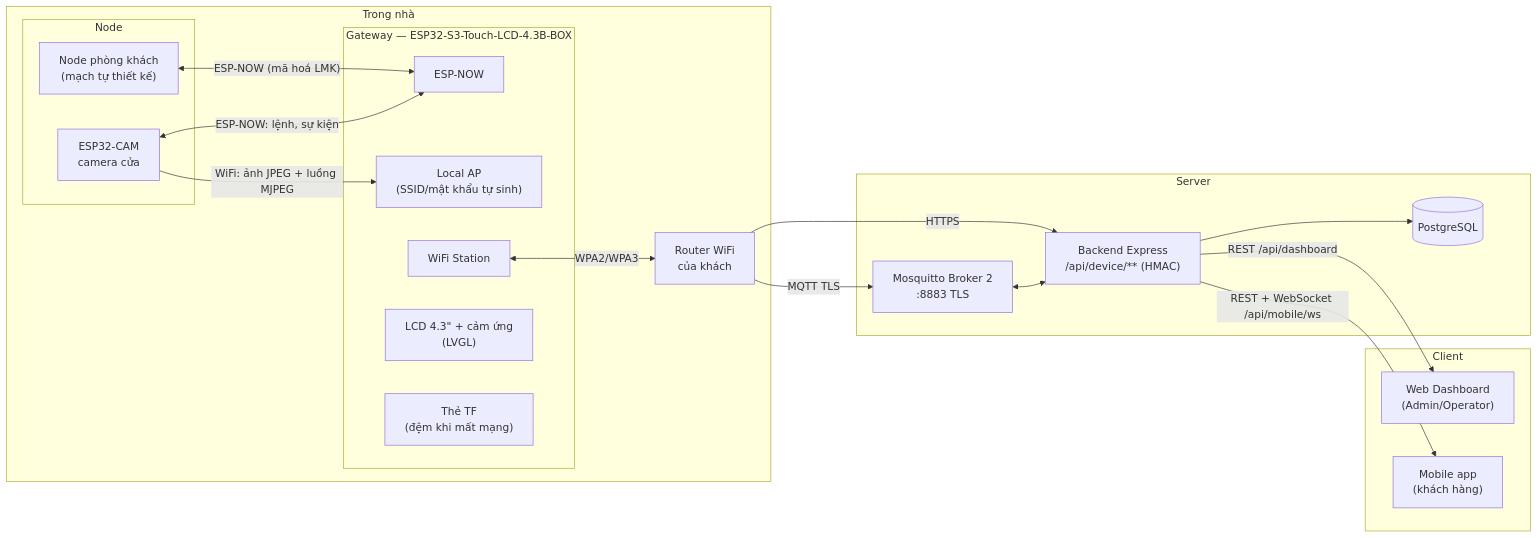
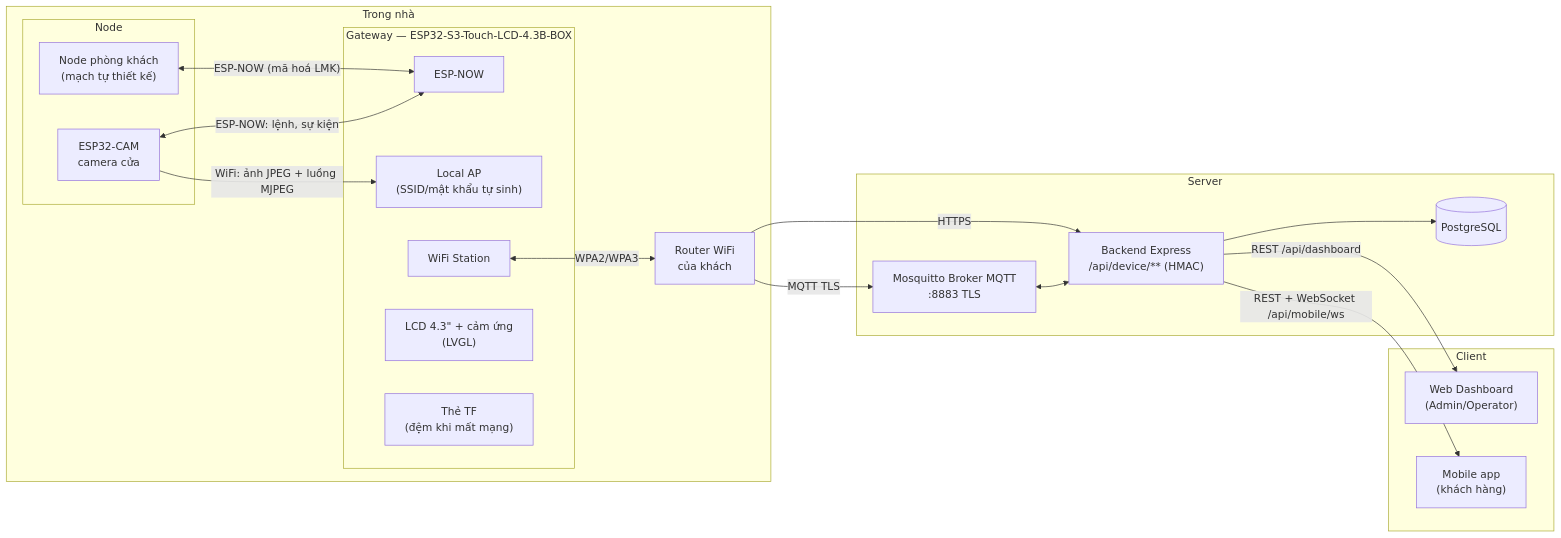
The first of 5 diagrams in docs/firmware/IOT_NODE_NETWORK.md (Noxxsanl/secure-smart-home), drawn with Mermaid before and after one commit. The commit also changed other lines of this file and 51 other files, not shown here.

First line of the commit message:
Gỡ Broker 1, còn 1 broker MQTT TLS; bỏ "Nhà của Đạt" khỏi seed demo

````diff
--- a/docs/firmware/IOT_NODE_NETWORK.md
+++ b/docs/firmware/IOT_NODE_NETWORK.md
@@ -45,41 +45,41 @@
 ```mermaid
 flowchart LR
     subgraph HOME["Trong nhà"]
         subgraph NODES["Node"]
             LR["Node phòng khách<br/>(mạch tự thiết kế)"]
             CAM["ESP32-CAM<br/>camera cửa"]
         end
 
         subgraph GW["Gateway — ESP32-S3-Touch-LCD-4.3B-BOX"]
             ESPNOW["ESP-NOW"]
             LAP["Local AP<br/>(SSID/mật khẩu tự sinh)"]
             STA["WiFi Station"]
             UI["LCD 4.3&quot; + cảm ứng<br/>(LVGL)"]
             SD["Thẻ TF<br/>(đệm khi mất mạng)"]
         end
 
         ROUTER["Router WiFi<br/>của khách"]
     end
 
     subgraph SERVER["Server"]
-        B2["Mosquitto Broker 2<br/>:8883 TLS"]
+        B2["Mosquitto Broker MQTT<br/>:8883 TLS"]
         API["Backend Express<br/>/api/device/** (HMAC)"]
         DB[("PostgreSQL")]
     end
 
     subgraph CLIENT["Client"]
         WEB["Web Dashboard<br/>(Admin/Operator)"]
         MOB["Mobile app<br/>(khách hàng)"]
     end
 
     LR <-->|"ESP-NOW (mã hoá LMK)"| ESPNOW
     CAM <-->|"ESP-NOW: lệnh, sự kiện"| ESPNOW
     CAM -->|"WiFi: ảnh JPEG + luồng MJPEG"| LAP
     STA <-->|"WPA2/WPA3"| ROUTER
     ROUTER -->|"MQTT TLS"| B2
     ROUTER -->|"HTTPS"| API
     B2 <--> API
     API --> DB
     API -->|"REST /api/dashboard"| WEB
     API -->|"REST + WebSocket /api/mobile/ws"| MOB
 ```
````
